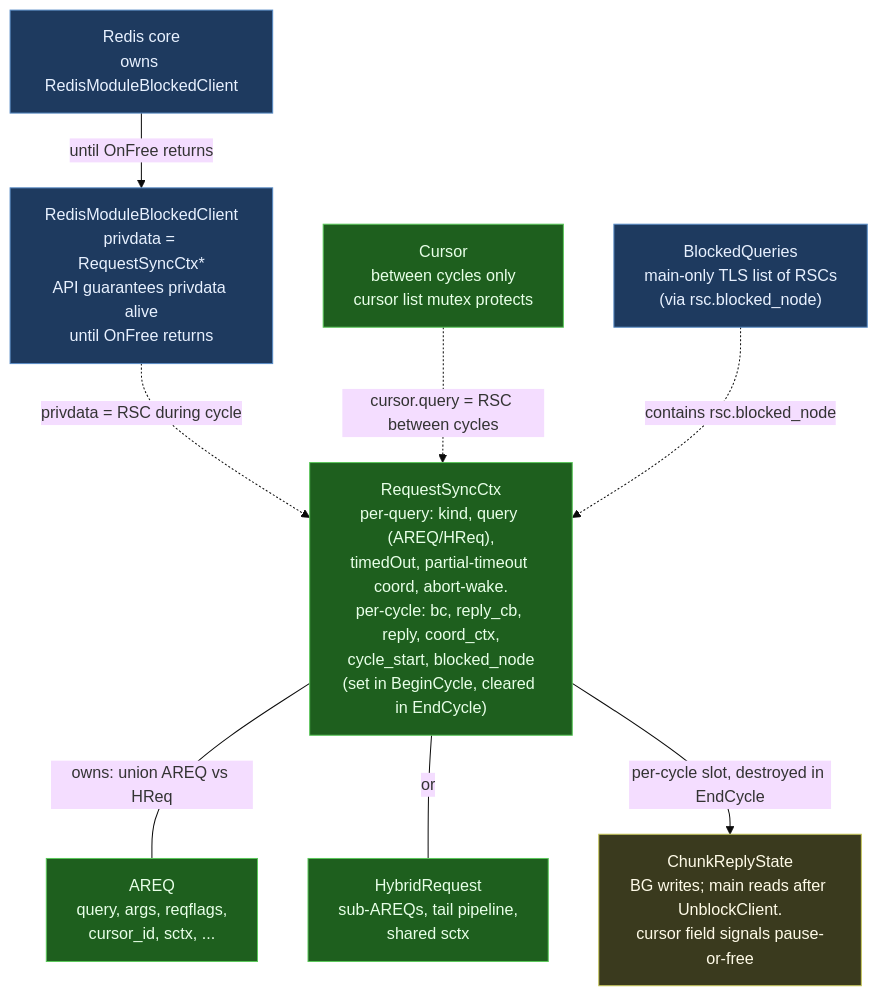
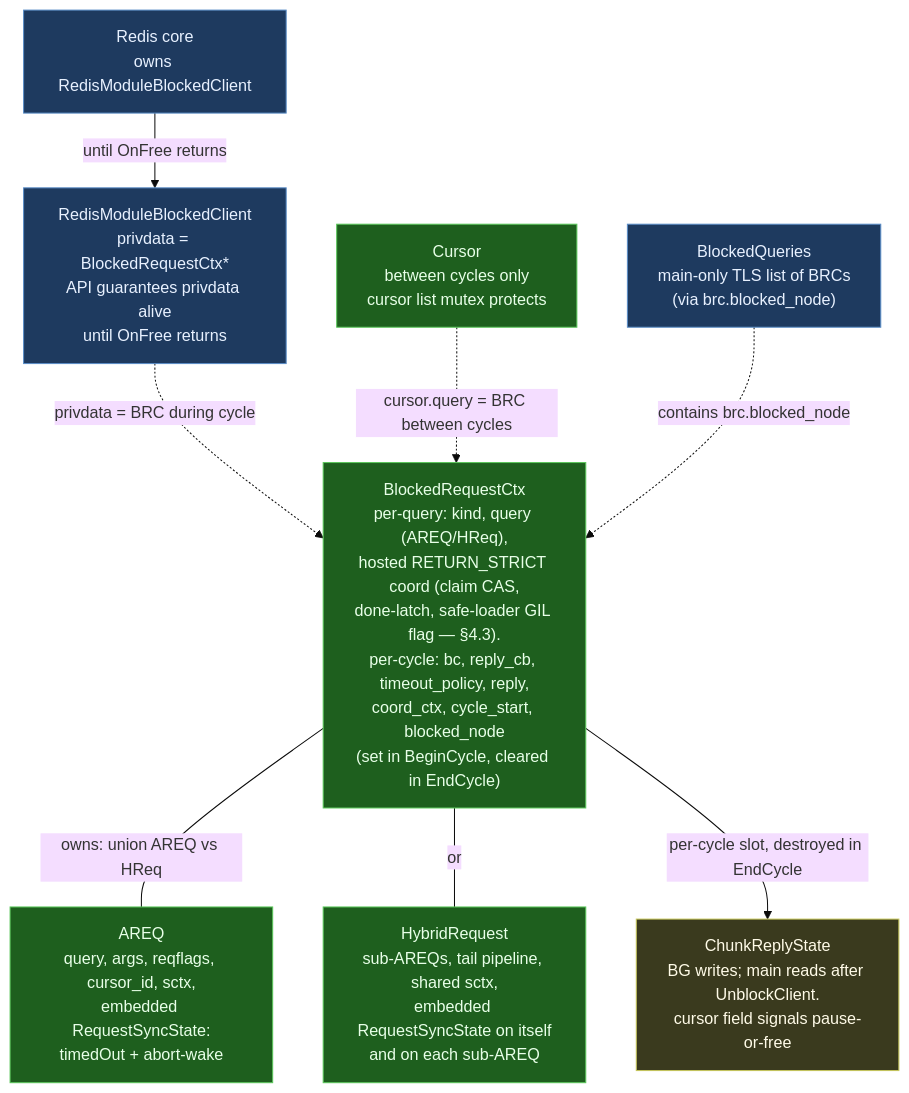
The diagram in docs/design/blocked_client_struct_relationships.md (RediSearch/RediSearch), drawn with Mermaid (base theme) before and after one commit. The commit also changed other lines of this file and 1 other file, not shown here.

First line of the commit message:
docs(design): refresh blocked-client refactor for completed RETURN_STRICT

````diff
--- a/docs/design/blocked_client_struct_relationships.md
+++ b/docs/design/blocked_client_struct_relationships.md
@@ -13,29 +13,29 @@
 ```mermaid
 flowchart TD
   classDef redis fill:#1e3a5f,stroke:#5a8dc7,color:#e8f1ff
   classDef perCycle fill:#5f1e1e,stroke:#c75a5a,color:#ffe8e8
   classDef perQuery fill:#1e5f1e,stroke:#5ac75a,color:#e8ffe8
   classDef bg fill:#5f4d1e,stroke:#c7a85a,color:#fff5e0
   classDef shared fill:#3a3a1e,stroke:#c7c75a,color:#fffbe8
 
   Redis[Redis core<br/>owns RedisModuleBlockedClient]:::redis
-  BC["RedisModuleBlockedClient<br/>privdata = RequestSyncCtx*<br/>API guarantees privdata alive<br/>until OnFree returns"]:::redis
+  BC["RedisModuleBlockedClient<br/>privdata = BlockedRequestCtx*<br/>API guarantees privdata alive<br/>until OnFree returns"]:::redis
   Redis -->|until OnFree returns| BC
 
-  BC -.->|"privdata = RSC during cycle"| RSC
+  BC -.->|"privdata = BRC during cycle"| BRC
   CURS[Cursor<br/>between cycles only<br/>cursor list mutex protects]:::perQuery
-  CURS -.->|"cursor.query = RSC between cycles"| RSC
+  CURS -.->|"cursor.query = BRC between cycles"| BRC
 
-  RSC["RequestSyncCtx<br/>per-query: kind, query (AREQ/HReq),<br/>timedOut, partial-timeout coord, abort-wake.<br/>per-cycle: bc, reply_cb, reply, coord_ctx,<br/>cycle_start, blocked_node<br/>(set in BeginCycle, cleared in EndCycle)"]:::perQuery
-  RSC ---|owns: union AREQ vs HReq| AREQ
-  RSC ---|or| HREQ
-  RSC -->|per-cycle slot, destroyed in EndCycle| BCCREPLY
+  BRC["BlockedRequestCtx<br/>per-query: kind, query (AREQ/HReq),<br/>hosted RETURN_STRICT coord (claim CAS,<br/>done-latch, safe-loader GIL flag — §4.3).<br/>per-cycle: bc, reply_cb, timeout_policy, reply,<br/>coord_ctx, cycle_start, blocked_node<br/>(set in BeginCycle, cleared in EndCycle)"]:::perQuery
+  BRC ---|owns: union AREQ vs HReq| AREQ
+  BRC ---|or| HREQ
+  BRC -->|per-cycle slot, destroyed in EndCycle| BCCREPLY
 
-  AREQ[AREQ<br/>query, args, reqflags,<br/>cursor_id, sctx, ...]:::perQuery
-  HREQ[HybridRequest<br/>sub-AREQs, tail pipeline,<br/>shared sctx]:::perQuery
+  AREQ[AREQ<br/>query, args, reqflags, cursor_id, sctx,<br/>embedded RequestSyncState:<br/>timedOut + abort-wake]:::perQuery
+  HREQ[HybridRequest<br/>sub-AREQs, tail pipeline, shared sctx,<br/>embedded RequestSyncState on itself<br/>and on each sub-AREQ]:::perQuery
 
   BCCREPLY[ChunkReplyState<br/>BG writes; main reads after UnblockClient.<br/>cursor field signals pause-or-free]:::shared
 
-  REG["BlockedQueries<br/>main-only TLS list of RSCs<br/>(via rsc.blocked_node)"]:::redis
-  REG -.->|"contains rsc.blocked_node"| RSC
+  REG["BlockedQueries<br/>main-only TLS list of BRCs<br/>(via brc.blocked_node)"]:::redis
+  REG -.->|"contains brc.blocked_node"| BRC
 ```
````
